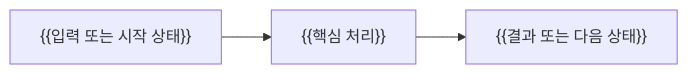
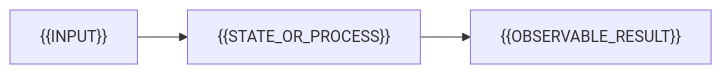
One commit to NtoZero/develop-study changed the diagram in .agents/skills/tech-research/assets/research-template.md. Above: the diagram before and after it, drawn with Mermaid. The commit also changed other lines of this file and 51 other files, not shown here.

````diff
--- a/.agents/skills/tech-research/assets/research-template.md
+++ b/.agents/skills/tech-research/assets/research-template.md
@@ -47,5 +35,5 @@
 ```mermaid
 flowchart LR
-    A["{{입력 또는 시작 상태}}"] --> B["{{핵심 처리}}"]
-    B --> C["{{결과 또는 다음 상태}}"]
+    A["{{INPUT}}"] --> B["{{STATE_OR_PROCESS}}"]
+    B --> C["{{OBSERVABLE_RESULT}}"]
 ```
````
